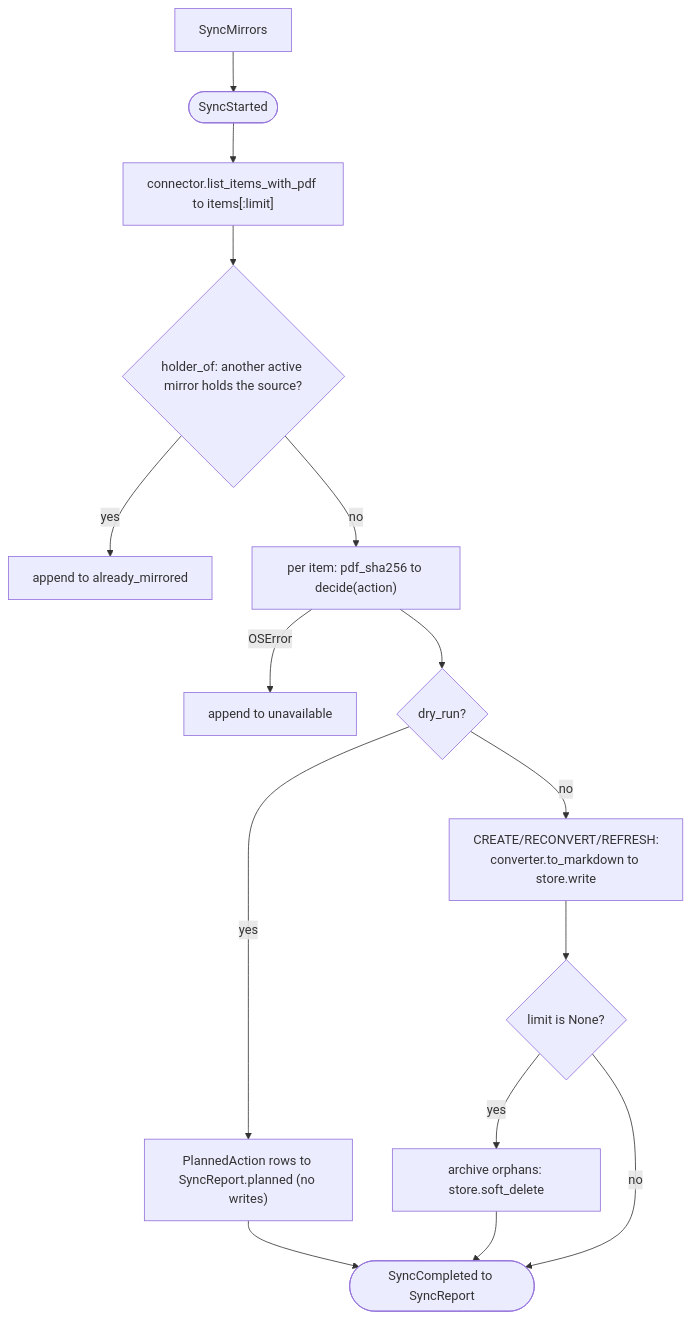
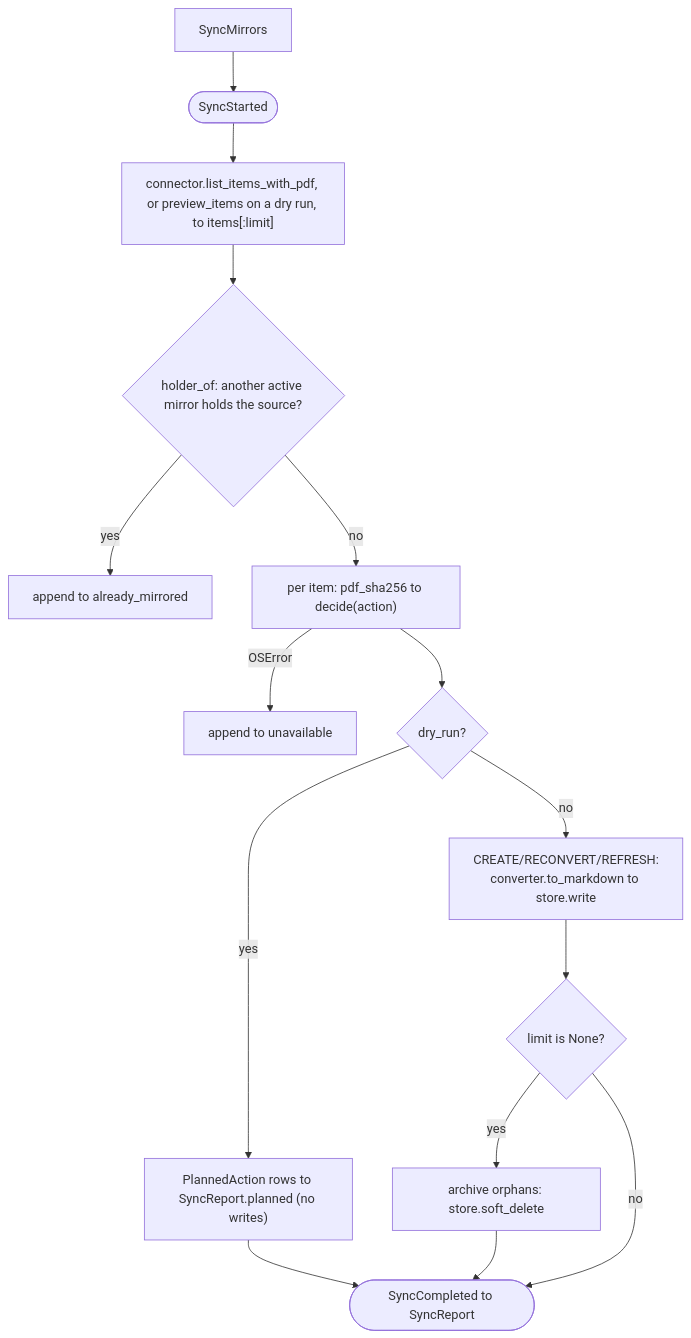
One commit to BucketHeadP65/ai-studio changed the diagram in engram/docs/reference/sync.md. Above: the diagram before and after it, drawn with Mermaid. The commit also changed other lines of this file and 25 other files, not shown here.

First line of the commit message:
fix(sources): a dry-run sync lists through a connector preview, with no fetch, model call or write

````diff
--- a/engram/docs/reference/sync.md
+++ b/engram/docs/reference/sync.md
@@ -87,17 +91,17 @@
 ```mermaid
 flowchart TD
     A[SyncMirrors] --> S([SyncStarted])
-    S --> L["connector.list_items_with_pdf to items[:limit]"]
+    S --> L["connector.list_items_with_pdf, or preview_items on a dry run, to items[:limit]"]
     L --> M{"holder_of: another active mirror holds the source?"}
     M -->|yes| AM[append to already_mirrored]
     M -->|no| H["per item: pdf_sha256 to decide(action)"]
     H -->|OSError| U[append to unavailable]
     H --> D{dry_run?}
     D -->|yes| P["PlannedAction rows to SyncReport.planned (no writes)"]
     D -->|no| W["CREATE/RECONVERT/REFRESH:<br/>converter.to_markdown to store.write"]
     W --> O{"limit is None?"}
     O -->|yes| AR["archive orphans: store.soft_delete"]
     O -->|no| C
     P --> C([SyncCompleted to SyncReport])
     AR --> C
 ```
````
